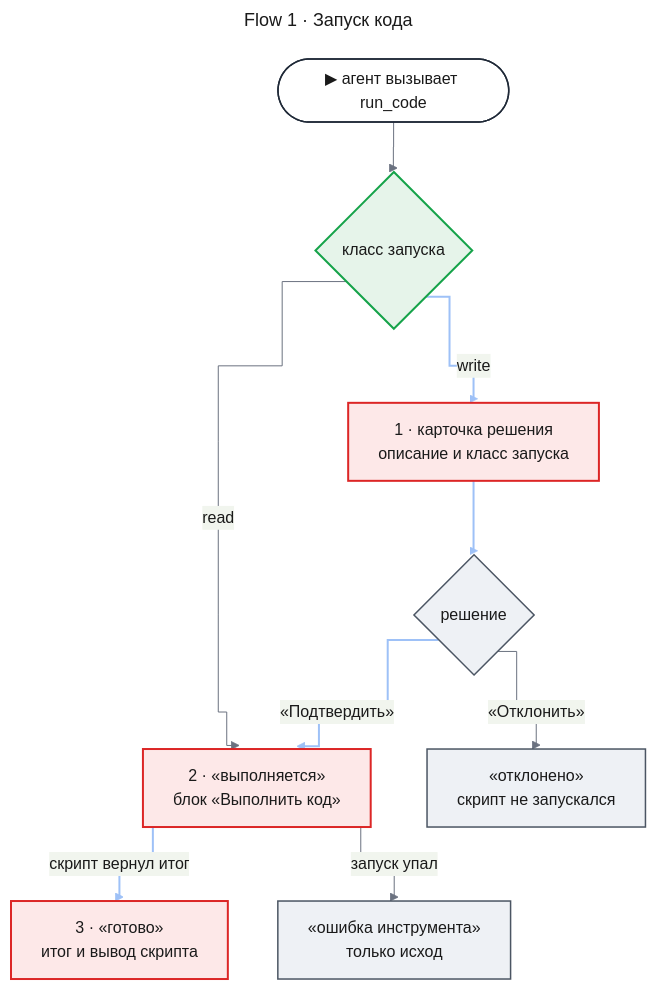
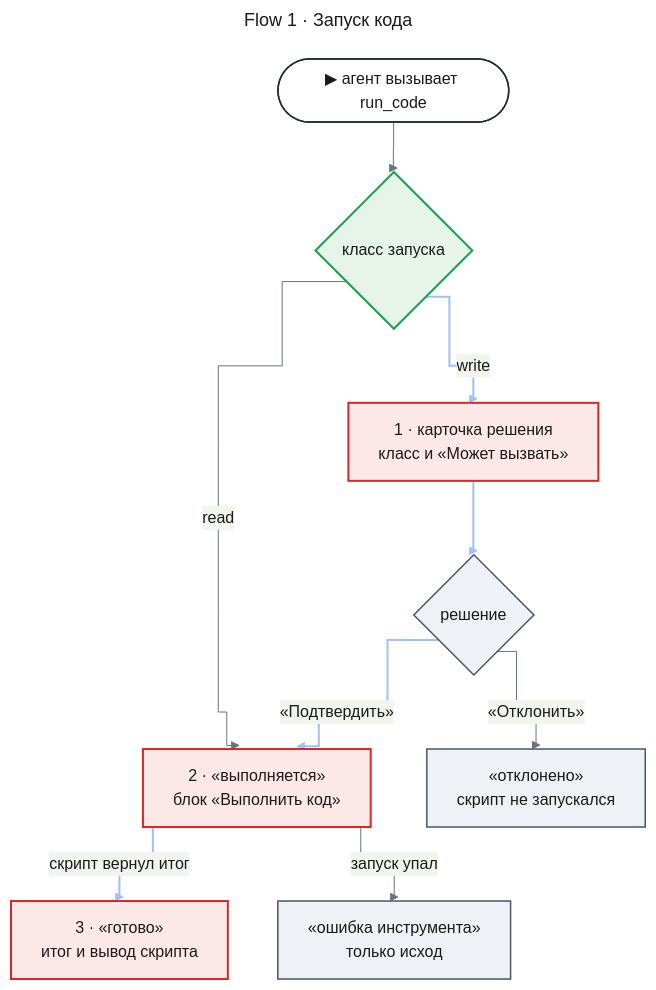
One commit to tundraray/agent-os changed the diagram in docs/features/code-execution/uxrd.md. Above: the diagram before and after it, drawn with Mermaid. The commit also changed other lines of this file and 1 other file, not shown here.

Commit message:
docs(code-execution): add the callable-tools list to the UXRD and decision card

````diff
--- a/docs/features/code-execution/uxrd.md
+++ b/docs/features/code-execution/uxrd.md
@@ -49,50 +51,50 @@
 ```mermaid
 ---
 title: "Flow 1 · Запуск кода"
 config:
   theme: base
   look: classic
   themeVariables:
     primaryColor: "#eef1f5"
     primaryBorderColor: "#4b5563"
     primaryTextColor: "#1a1a1a"
     lineColor: "#6b7280"
   flowchart:
     curve: step
   themeCSS: |
     @keyframes litr_ce1{0%,22.5%{stroke:#1d4ed8;stroke-width:6px}25%,100%{stroke:#9ec1f7;stroke-width:2px}}
 ---
 flowchart TD
     entry(["▶ агент вызывает run_code"])
     cls{"класс запуска"}
-    card["1 · карточка решения<br/>описание и класс запуска"]
+    card["1 · карточка решения<br/>класс и «Может вызвать»"]
     choice{"решение"}
     running["2 · «выполняется»<br/>блок «Выполнить код»"]
     ok["3 · «готово»<br/>итог и вывод скрипта"]
     fail["«ошибка инструмента»<br/>только исход"]
     rej["«отклонено»<br/>скрипт не запускался"]
     entry --> cls
     cls e1@-->|"write"| card
     card e2@--> choice
     choice e3@-->|"«Подтвердить»"| running
     running e4@-->|"скрипт вернул итог"| ok
     cls -->|"read"| running
     running -->|"запуск упал"| fail
     choice -->|"«Отклонить»"| rej
     classDef entry fill:#ffffff,stroke:#1f2937,stroke-width:1.5px,color:#1a1a1a
     classDef changed fill:#fde8e8,stroke:#dc2626,stroke-width:2px,color:#1a1a1a
     classDef new fill:#e6f4ea,stroke:#16a34a,stroke-width:2px,color:#1a1a1a
     classDef unchanged fill:#eef1f5,stroke:#4b5563,stroke-width:1.5px,color:#1a1a1a
     classDef r1 stroke:#9ec1f7,stroke-width:2px,animation:litr_ce1 4.8s linear 0s infinite
     classDef r2 stroke:#9ec1f7,stroke-width:2px,animation:litr_ce1 4.8s linear 1.2s infinite
     classDef r3 stroke:#9ec1f7,stroke-width:2px,animation:litr_ce1 4.8s linear 2.4s infinite
     classDef r4 stroke:#9ec1f7,stroke-width:2px,animation:litr_ce1 4.8s linear 3.6s infinite
     class entry entry
     class cls new
     class card,running,ok changed
     class choice,fail,rej unchanged
     class e1 r1
     class e2 r2
     class e3 r3
     class e4 r4
 ```
````
